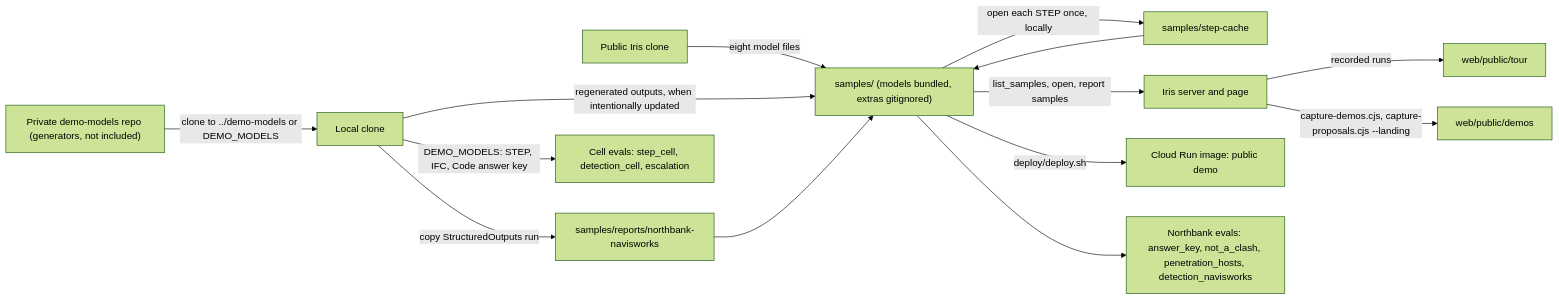
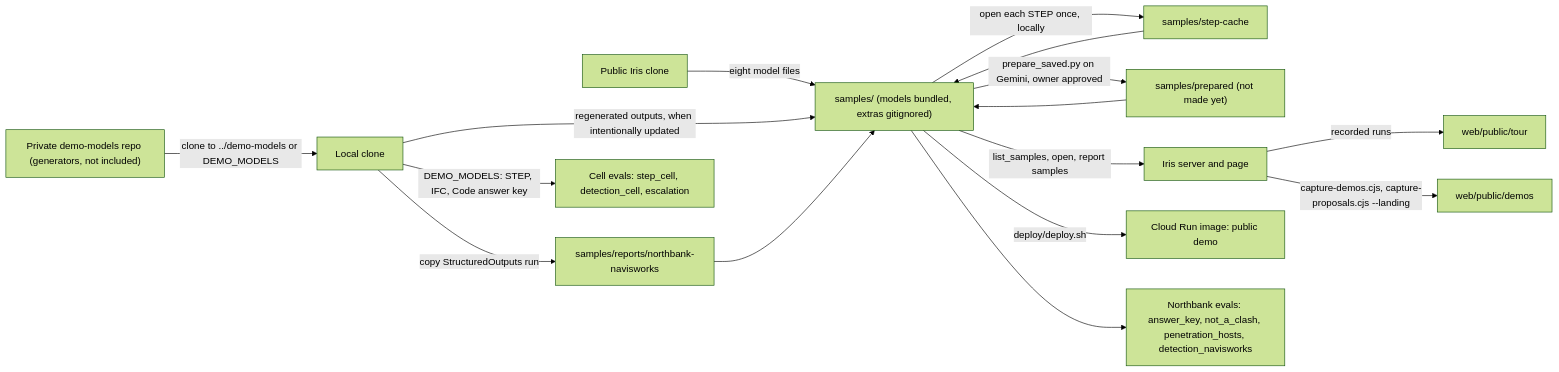
The diagram in docs/architecture/19-demo-data.md (Saravana-Rajan/IRIS), drawn with Mermaid (forest theme) before and after one commit. The commit also changed other lines of this file and 12 other files, not shown here.

First line of the commit message:
docs: the review queue's server side in the architecture map

````diff
--- a/docs/architecture/19-demo-data.md
+++ b/docs/architecture/19-demo-data.md
@@ -255,16 +265,18 @@
 ```mermaid
 flowchart LR
   repo["Private demo-models repo (generators, not included)"] -->|"clone to ../demo-models or DEMO_MODELS"| clone["Local clone"]
   publicRepo["Public Iris clone"] -->|"eight model files"| samples["samples/ (models bundled, extras gitignored)"]
   clone -->|"regenerated outputs, when intentionally updated"| samples
   clone -->|"copy StructuredOutputs run"| reportsDir["samples/reports/northbank-navisworks"]
   reportsDir --> samples
   samples -->|"open each STEP once, locally"| cache["samples/step-cache"]
   cache --> samples
+  samples -->|"prepare_saved.py on Gemini, owner approved"| prepared["samples/prepared (not made yet)"]
+  prepared --> samples
   samples -->|"list_samples, open, report samples"| app["Iris server and page"]
   samples -->|"deploy/deploy.sh"| image["Cloud Run image: public demo"]
   clone -->|"DEMO_MODELS: STEP, IFC, Code answer key"| cellEvals["Cell evals: step_cell, detection_cell, escalation"]
   samples --> nbEvals["Northbank evals: answer_key, not_a_clash, penetration_hosts, detection_navisworks"]
   app -->|"recorded runs"| tour["web/public/tour"]
   app -->|"capture-demos.cjs, capture-proposals.cjs --landing"| pics["web/public/demos"]
 ```
````
